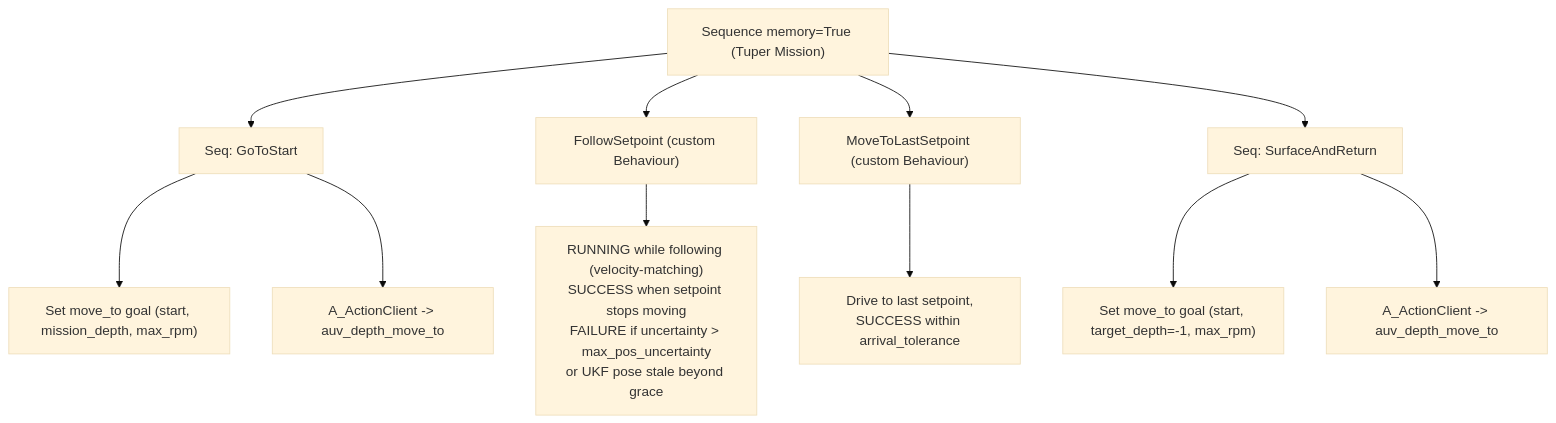
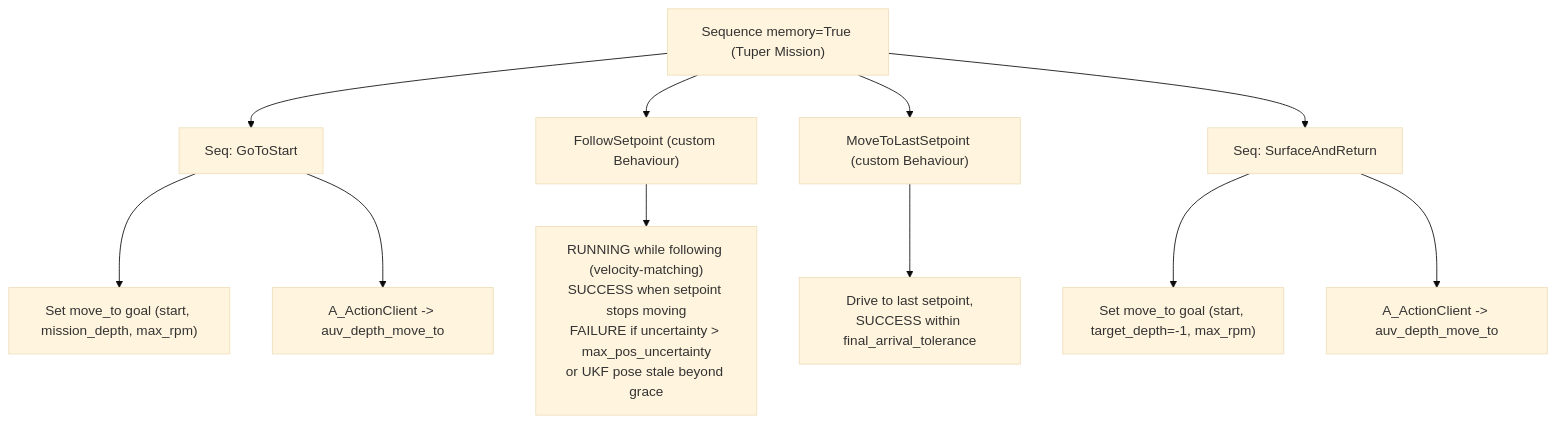
The diagram in behaviours/lolo/lolo_tuper/README.md (smarc-project/smarc2), drawn with Mermaid (base theme) before and after one commit. The commit also changed other lines of this file and 3 other files, not shown here.

````diff
--- a/behaviours/lolo/lolo_tuper/README.md
+++ b/behaviours/lolo/lolo_tuper/README.md
@@ -19,17 +19,17 @@
 ```mermaid
 flowchart TD
     root["Sequence memory=True (Tuper Mission)"] --> goStart["Seq: GoToStart"]
     root --> follow["FollowSetpoint (custom Behaviour)"]
     root --> moveLast["MoveToLastSetpoint (custom Behaviour)"]
     root --> surfRet["Seq: SurfaceAndReturn"]
 
     goStart --> g1["Set move_to goal (start, mission_depth, max_rpm)"]
     goStart --> g2["A_ActionClient -> auv_depth_move_to"]
 
     follow --> fNote["RUNNING while following (velocity-matching)<br/>SUCCESS when setpoint stops moving<br/>FAILURE if uncertainty > max_pos_uncertainty<br/>or UKF pose stale beyond grace"]
 
-    moveLast --> mNote["Drive to last setpoint,<br/>SUCCESS within arrival_tolerance"]
+    moveLast --> mNote["Drive to last setpoint,<br/>SUCCESS within final_arrival_tolerance"]
 
     surfRet --> s1["Set move_to goal (start, target_depth=-1, max_rpm)"]
     surfRet --> s2["A_ActionClient -> auv_depth_move_to"]
 ```
````
